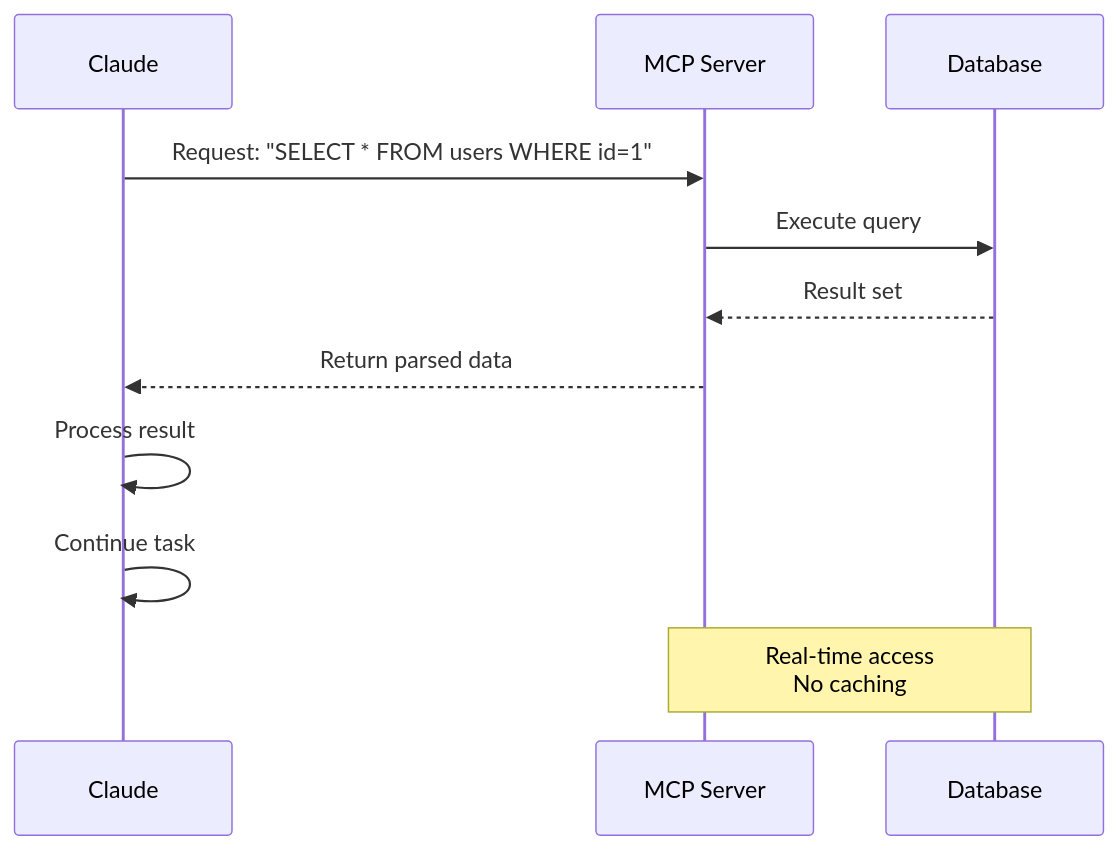
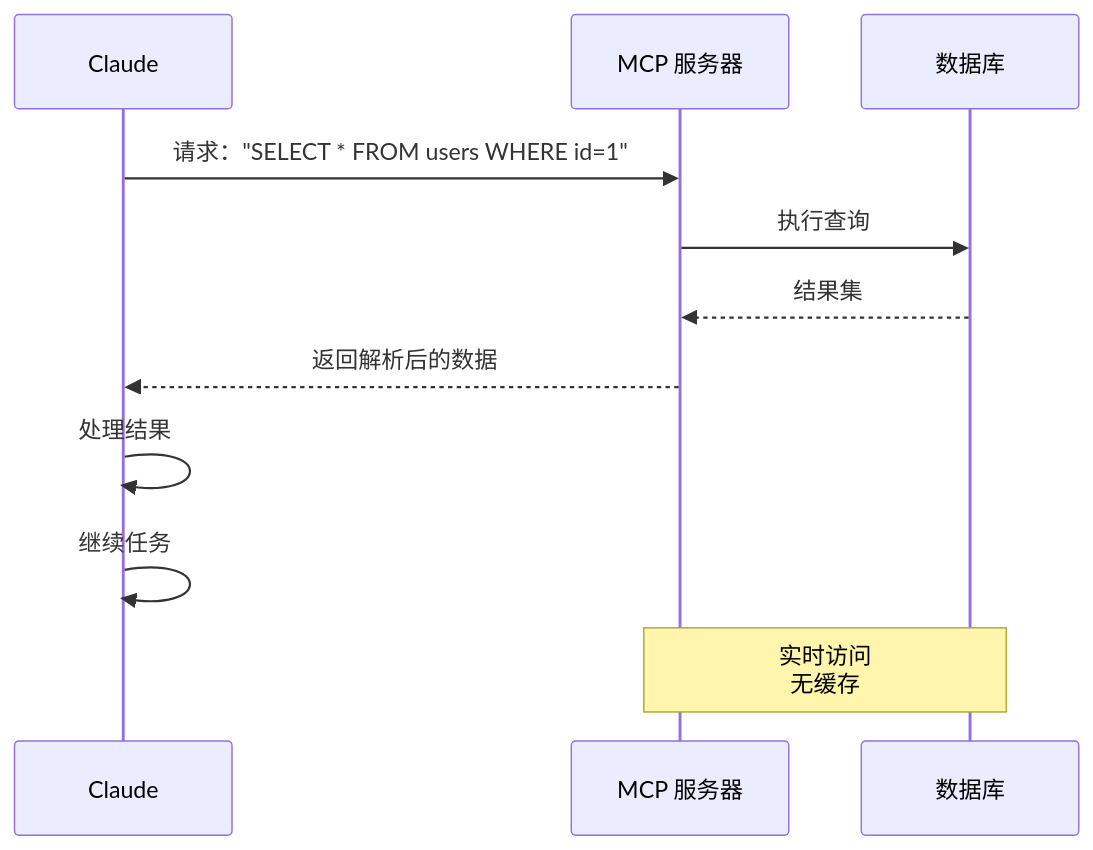
The fifth of 7 diagrams in 05-mcp/README.md (wgqi1126/claude-howto-zh-cn), drawn with Mermaid before and after one commit. The commit also changed other lines of this file and 58 other files, not shown here.

````diff
--- a/05-mcp/README.md
+++ b/05-mcp/README.md
@@ -615,15 +615,15 @@
 ```mermaid
 sequenceDiagram
     participant App as Claude
-    participant MCP as MCP Server
-    participant DB as Database
+    participant MCP as MCP 服务器
+    participant DB as 数据库
 
-    App->>MCP: Request: "SELECT * FROM users WHERE id=1"
-    MCP->>DB: Execute query
-    DB-->>MCP: Result set
-    MCP-->>App: Return parsed data
-    App->>App: Process result
-    App->>App: Continue task
+    App->>MCP: 请求："SELECT * FROM users WHERE id=1"
+    MCP->>DB: 执行查询
+    DB-->>MCP: 结果集
+    MCP-->>App: 返回解析后的数据
+    App->>App: 处理结果
+    App->>App: 继续任务
 
-    Note over MCP,DB: Real-time access<br/>No caching
+    Note over MCP,DB: 实时访问<br/>无缓存
 ```
````
